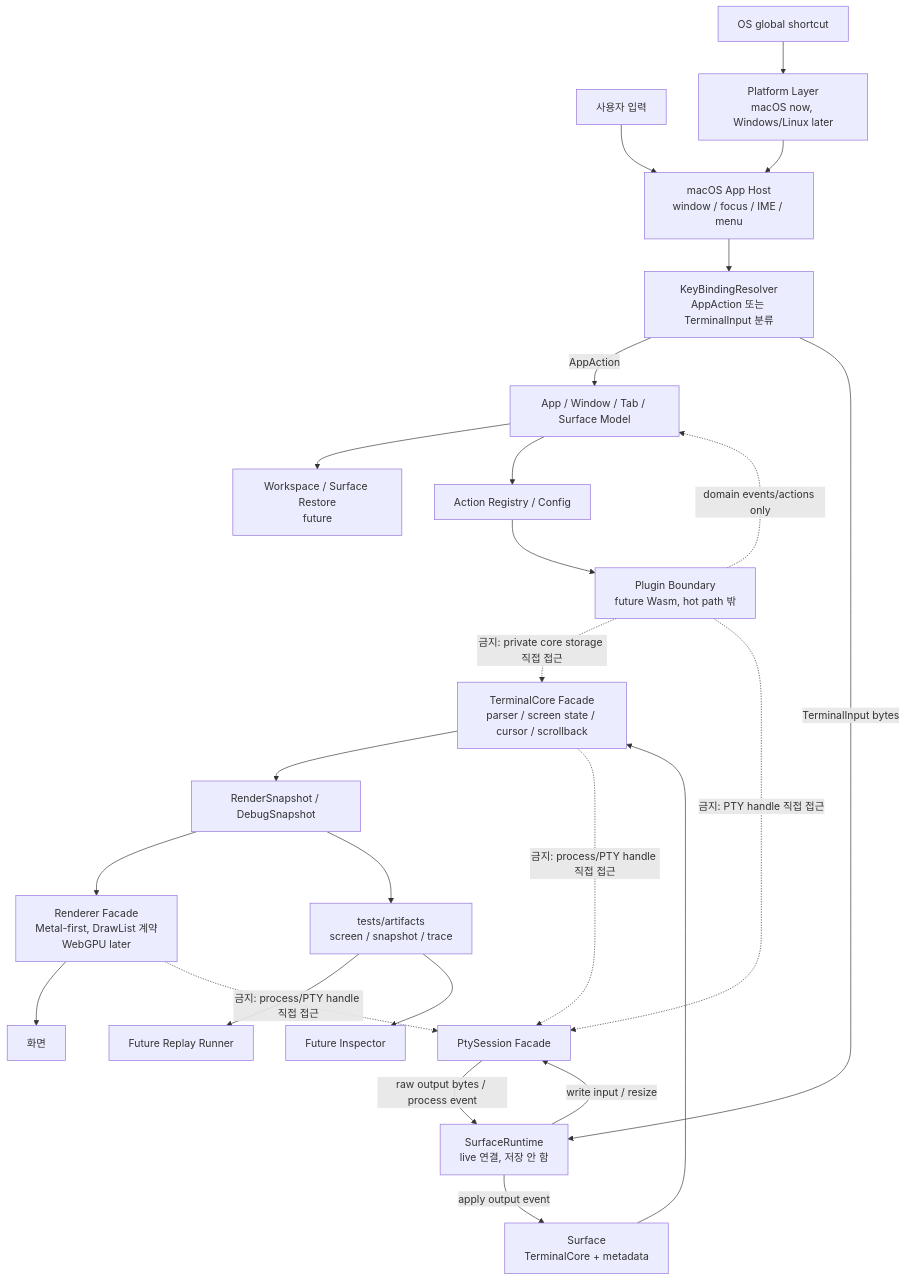
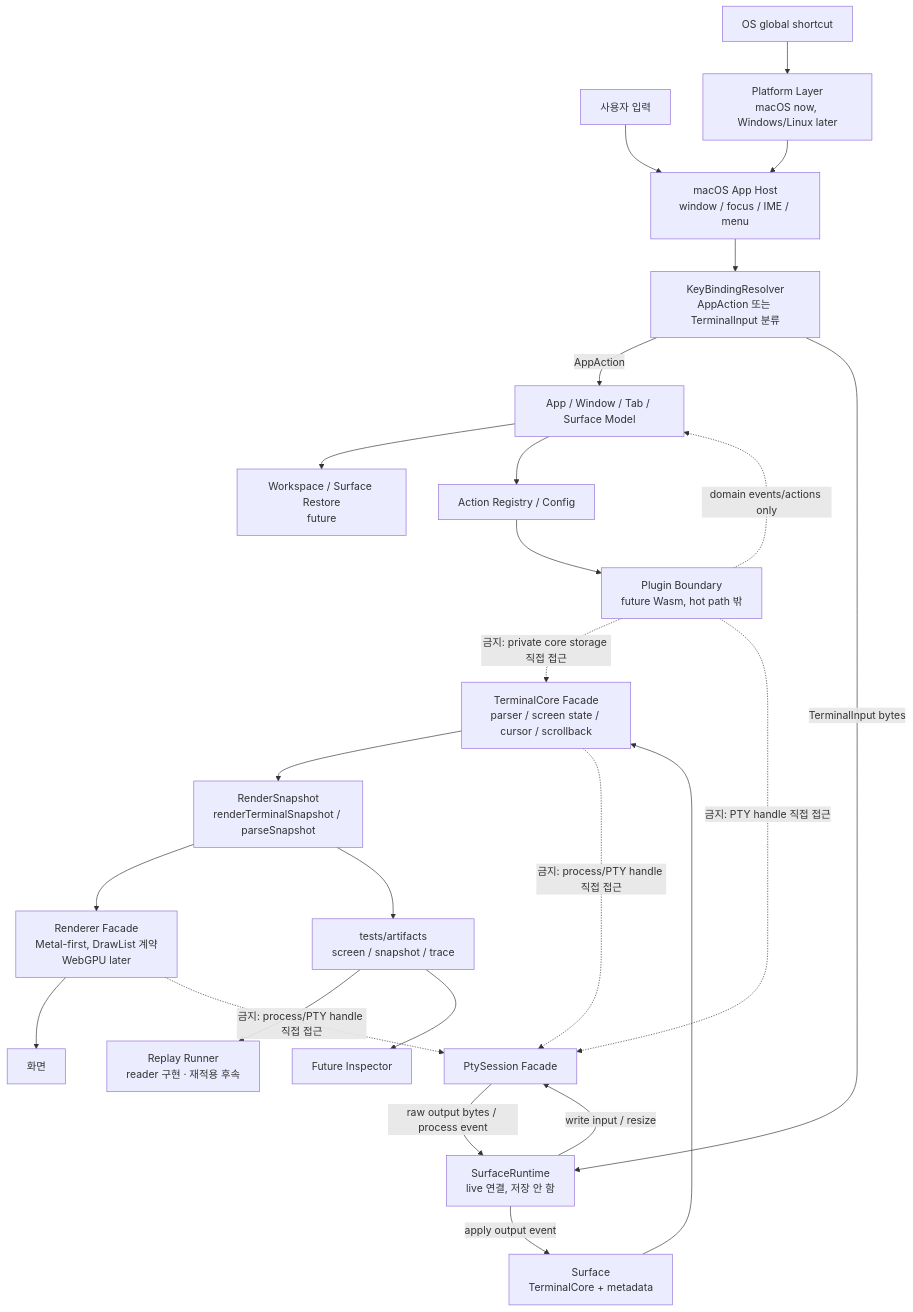
The diagram in docs/architecture.md (ohah/maru), drawn with Mermaid before and after one commit. The commit also changed other lines of this file and 3 other files, not shown here.

First line of the commit message:
feat(observability): snapshot reader — maru.snapshot.v3 역파싱 + round-trip (관측성 E)

````diff
--- a/docs/architecture.md
+++ b/docs/architecture.md
@@ -39,34 +39,34 @@
 ```mermaid
 flowchart TD
     User[사용자 입력] --> AppHost[macOS App Host<br/>window / focus / IME / menu]
     GlobalShortcut[OS global shortcut] --> Platform[Platform Layer<br/>macOS now, Windows/Linux later]
     Platform --> AppHost
 
     AppHost --> Resolver[KeyBindingResolver<br/>AppAction 또는 TerminalInput 분류]
     Resolver -->|AppAction| AppModel[App / Window / Tab / Surface Model]
     Resolver -->|TerminalInput bytes| SurfaceRuntime[SurfaceRuntime<br/>live 연결, 저장 안 함]
 
     SurfaceRuntime -->|write input / resize| PtySession[PtySession Facade]
     PtySession -->|raw output bytes / process event| SurfaceRuntime
     SurfaceRuntime -->|apply output event| Surface[Surface<br/>TerminalCore + metadata]
     Surface --> TerminalCore[TerminalCore Facade<br/>parser / screen state / cursor / scrollback]
-    TerminalCore --> Snapshot[RenderSnapshot / DebugSnapshot]
+    TerminalCore --> Snapshot[RenderSnapshot<br/>renderTerminalSnapshot / parseSnapshot]
 
     Snapshot --> Renderer[Renderer Facade<br/>Metal-first, DrawList 계약<br/>WebGPU later]
     Renderer --> Screen[화면]
 
     Snapshot --> Artifacts[tests/artifacts<br/>screen / snapshot / trace]
-    Artifacts --> Replay[Future Replay Runner]
+    Artifacts --> Replay[Replay Runner<br/>reader 구현 · 재적용 후속]
     Artifacts --> Inspector[Future Inspector]
 
     AppModel --> Workspace[Workspace / Surface Restore<br/>future]
     AppModel --> ActionRegistry[Action Registry / Config]
     ActionRegistry --> PluginBoundary[Plugin Boundary<br/>future Wasm, hot path 밖]
 
     PluginBoundary -.domain events/actions only.-> AppModel
 
     TerminalCore -.금지: process/PTY handle 직접 접근.-> PtySession
     Renderer -.금지: process/PTY handle 직접 접근.-> PtySession
     PluginBoundary -.금지: private core storage 직접 접근.-> TerminalCore
     PluginBoundary -.금지: PTY handle 직접 접근.-> PtySession
 ```
````
